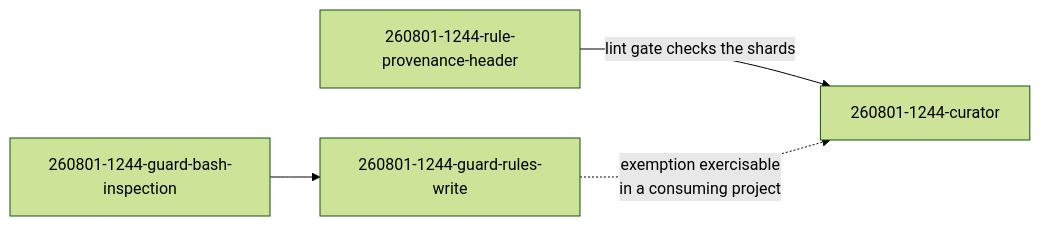
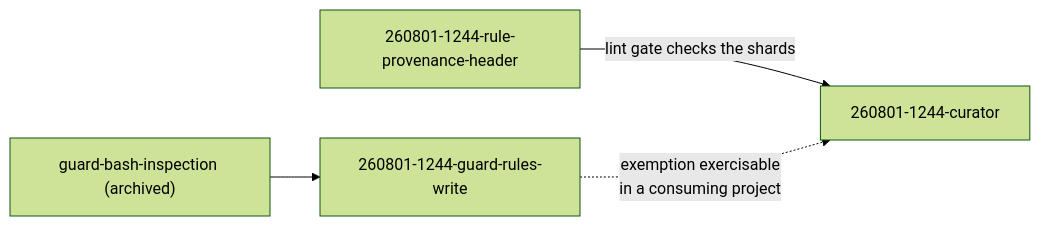
The diagram in fusion-workbench/circles/260801-1244-curator/_c_circle.md (tenzoki/fusion), drawn with Mermaid (forest theme) before and after one commit. The commit also changed other lines of this file and 17 other files, not shown here.

````diff
--- a/fusion-workbench/circles/260801-1244-curator/_c_circle.md
+++ b/fusion-workbench/circles/260801-1244-curator/_c_circle.md
@@ -68,6 +68,6 @@
 ```mermaid
 flowchart LR
-  G1["260801-1244-guard-bash-inspection"] --> G2["260801-1244-guard-rules-write"]
+  G1["guard-bash-inspection (archived)"] --> G2["260801-1244-guard-rules-write"]
   G3["260801-1244-rule-provenance-header"] -->|"lint gate checks the shards"| C["260801-1244-curator"]
   G2 -.->|"exemption exercisable<br/>in a consuming project"| C
 ```
````
